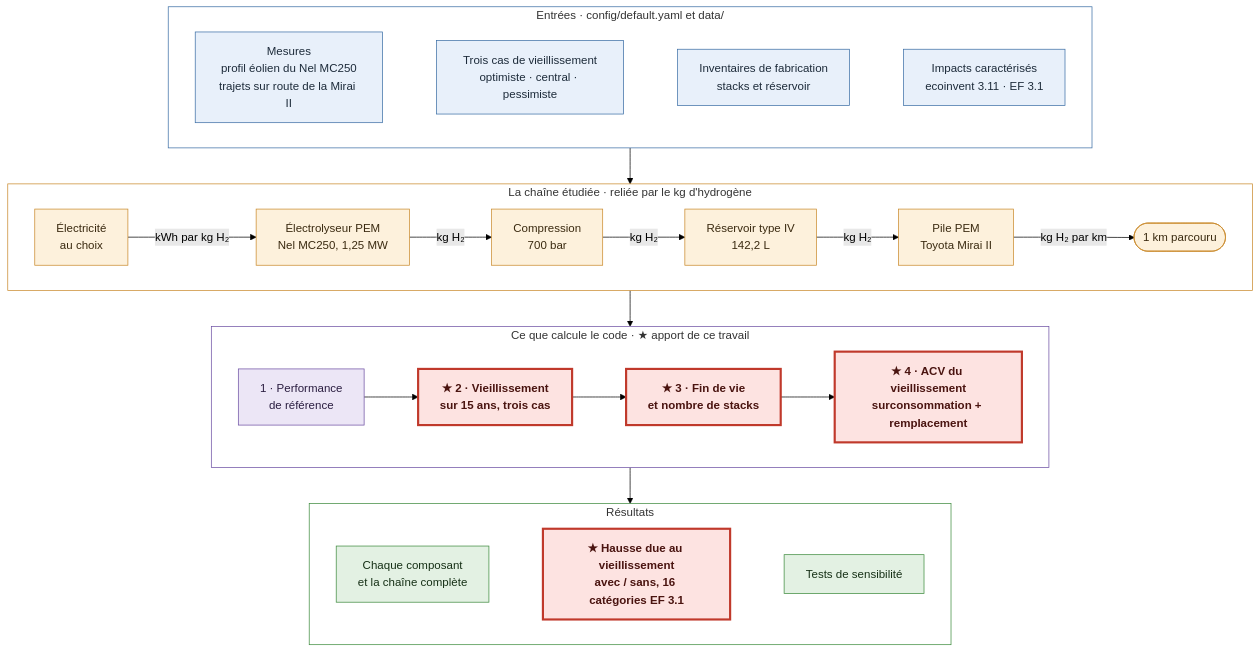
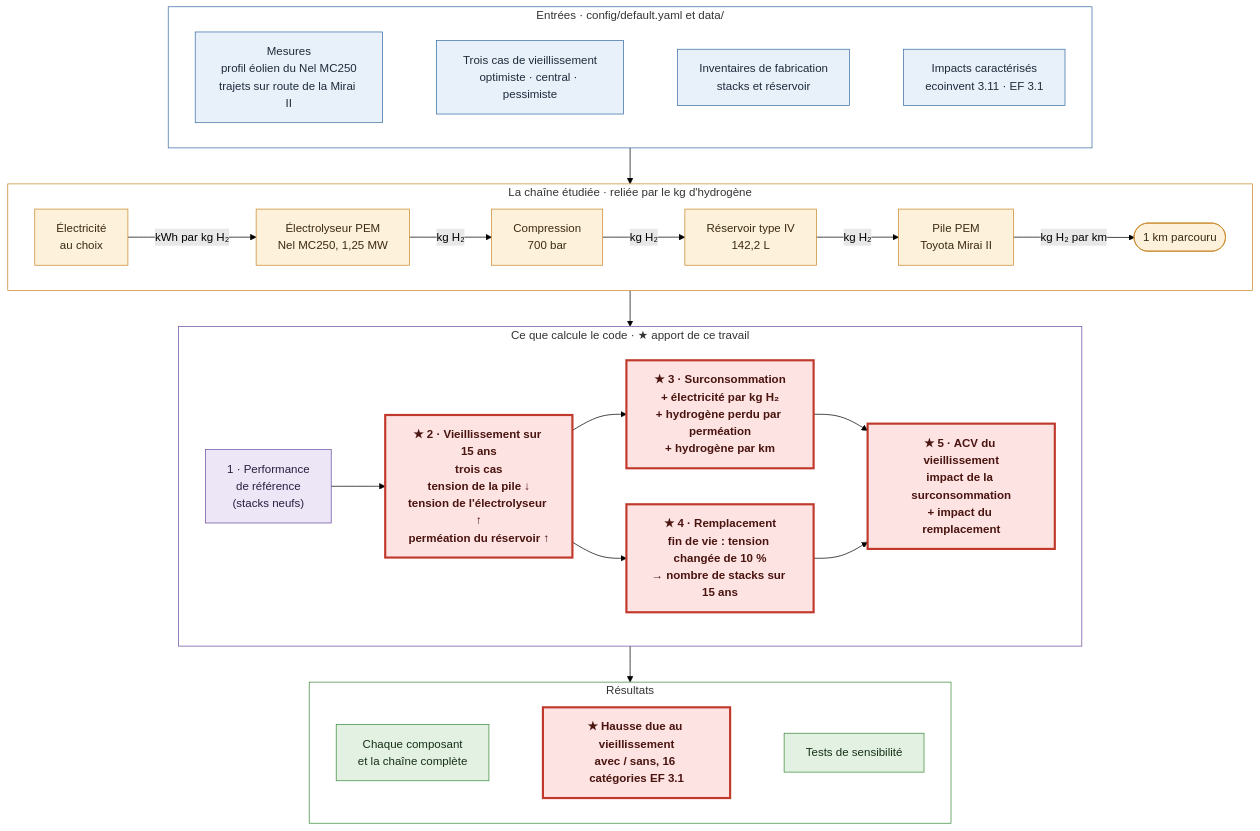
One commit to Ayabh12/h2-ageing-lca changed the diagram in README.fr.md. Above: the diagram before and after it, drawn with Mermaid (forest theme). The commit also changed other lines of this file and 1 other file, not shown here.

Commit message:
README: clearer diagram of what the code computes (over-consumption and replacement)

````diff
--- a/README.fr.md
+++ b/README.fr.md
@@ -59,46 +59,50 @@
 ```mermaid
 flowchart TB
     subgraph E["Entrées · config/default.yaml et data/"]
         direction LR
         e1["Mesures<br/>profil éolien du Nel MC250<br/>trajets sur route de la Mirai II"]
         e2["Trois cas de vieillissement<br/>optimiste · central · pessimiste"]
         e3["Inventaires de fabrication<br/>stacks et réservoir"]
         e4["Impacts caractérisés<br/>ecoinvent 3.11 · EF 3.1"]
         e1 ~~~ e2 ~~~ e3 ~~~ e4
     end
 
     subgraph C["La chaîne étudiée · reliée par le kg d'hydrogène"]
         direction LR
         c1["Électricité<br/>au choix"] -->|"kWh par kg H₂"| c2["Électrolyseur PEM<br/>Nel MC250, 1,25 MW"] -->|"kg H₂"| c3["Compression<br/>700 bar"] -->|"kg H₂"| c4["Réservoir type IV<br/>142,2 L"] -->|"kg H₂"| c5["Pile PEM<br/>Toyota Mirai II"] -->|"kg H₂ par km"| c6(["1 km parcouru"])
     end
 
     subgraph M["Ce que calcule le code · ★ apport de ce travail"]
         direction LR
-        m1["1 · Performance<br/>de référence"] --> m2["★ 2 · Vieillissement<br/>sur 15 ans, trois cas"] --> m3["★ 3 · Fin de vie<br/>et nombre de stacks"] --> m4["★ 4 · ACV du vieillissement<br/>surconsommation + remplacement"]
+        m1["1 · Performance<br/>de référence<br/>(stacks neufs)"] --> m2["★ 2 · Vieillissement sur 15 ans<br/>trois cas<br/>tension de la pile ↓<br/>tension de l'électrolyseur ↑<br/>perméation du réservoir ↑"]
+        m2 --> m3["★ 3 · Surconsommation<br/>+ électricité par kg H₂<br/>+ hydrogène perdu par perméation<br/>+ hydrogène par km"]
+        m2 --> m4["★ 4 · Remplacement<br/>fin de vie : tension changée de 10 %<br/>→ nombre de stacks sur 15 ans"]
+        m3 --> m5["★ 5 · ACV du vieillissement<br/>impact de la surconsommation<br/>+ impact du remplacement"]
+        m4 --> m5
     end
 
     subgraph R["Résultats"]
         direction LR
         r1["Chaque composant<br/>et la chaîne complète"]
         r2["★ Hausse due au vieillissement<br/>avec / sans, 16 catégories EF 3.1"]
         r3["Tests de sensibilité"]
         r1 ~~~ r2 ~~~ r3
     end
 
     E --> C --> M --> R
 
     classDef inp fill:#e8f0fa,stroke:#3b6ea5,color:#1d2b3a
     classDef chain fill:#fdf1dc,stroke:#c9892b,color:#3a2a10
     classDef code fill:#ece6f6,stroke:#6c4fa3,color:#2a1d40
     classDef res fill:#e3f1e3,stroke:#3d8b3d,color:#163016
     class e1,e2,e3,e4 inp
     class c1,c2,c3,c4,c5,c6 chain
-    class m1,m2,m3,m4 code
+    class m1,m2,m3,m4,m5 code
     class r1,r2,r3 res
     style E fill:#ffffff,stroke:#3b6ea5
     style C fill:#ffffff,stroke:#c9892b
     style M fill:#ffffff,stroke:#6c4fa3
     style R fill:#ffffff,stroke:#3d8b3d
     classDef key fill:#fde3e1,stroke:#c0392b,stroke-width:3px,color:#4a1410,font-weight:bold
-    class m2,m3,m4,r2 key
+    class m2,m3,m4,m5,r2 key
 ```
````
